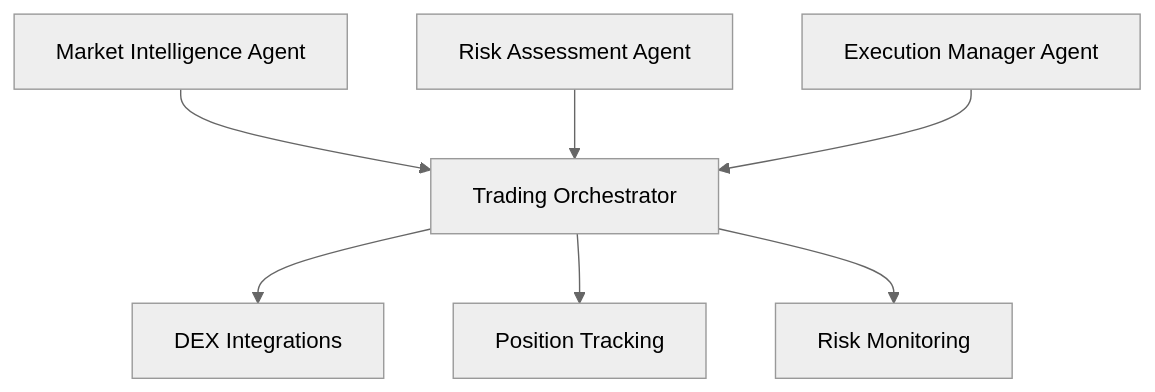
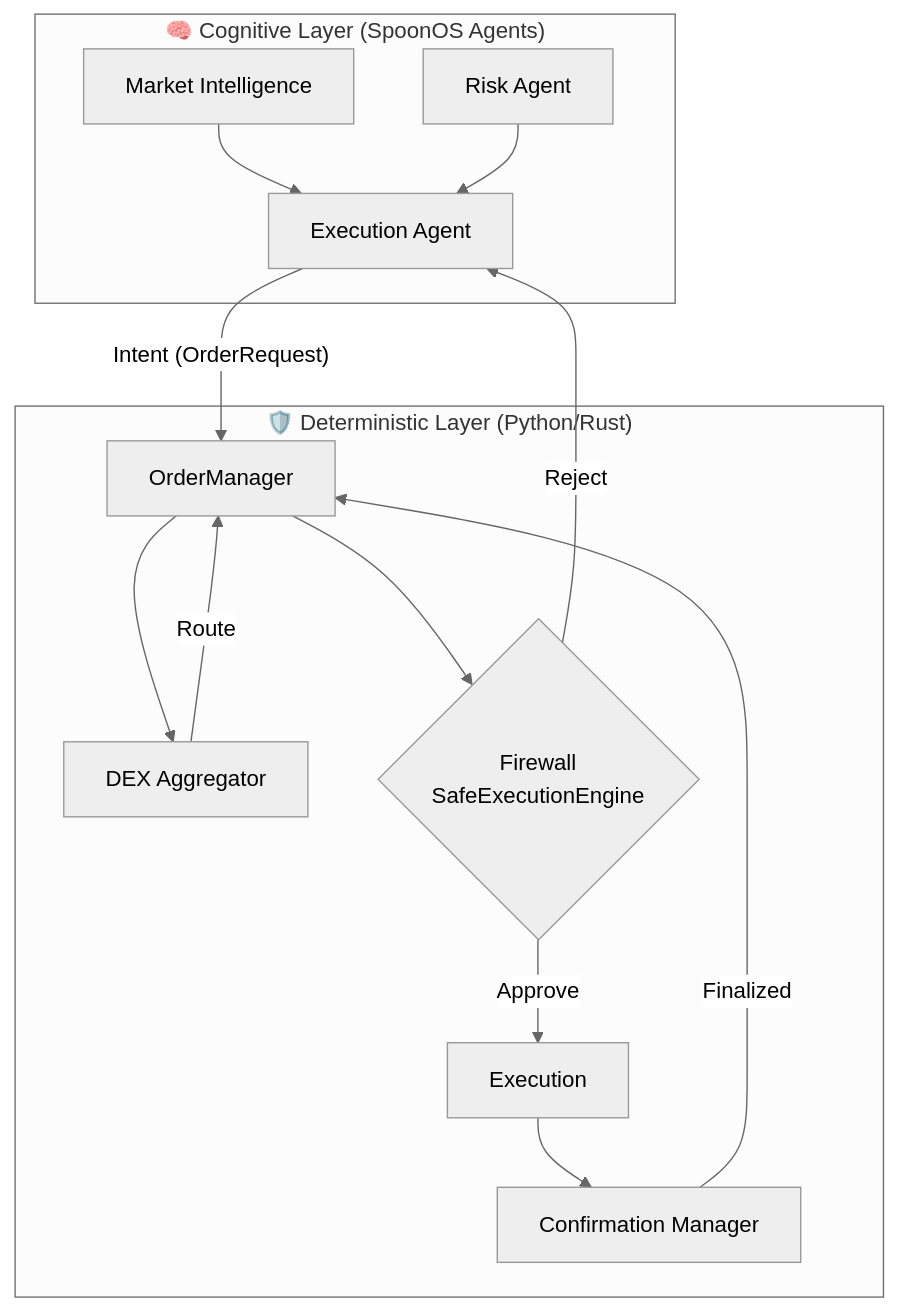
The diagram in README.md (CodeKage25/defi-ai-training-bot), drawn with Mermaid (neutral theme) before and after one commit. The commit also changed other lines of this file, not shown here.

Commit message:
feat: document the new dual-layer 'Hybrid Intelligence' architecture, deterministic firewall, and confirmation manager.

````diff
--- a/README.md
+++ b/README.md
@@ -26,10 +40,18 @@
 ```mermaid
-graph TB
-    A[Market Intelligence Agent] --> D[Trading Orchestrator]
-    B[Risk Assessment Agent] --> D
-    C[Execution Manager Agent] --> D
-    
-    D --> E[DEX Integrations]
-    D --> F[Position Tracking]
-    D --> G[Risk Monitoring]
+graph TD
+    subgraph Brain ["🧠 Cognitive Layer (SpoonOS Agents)"]
+        A[Market Intelligence] --> B[Execution Agent]
+        R[Risk Agent] --> B
+    end
+
+    subgraph Body ["🛡️ Deterministic Layer (Python/Rust)"]
+        B -- "Intent (OrderRequest)" --> OM[OrderManager]
+        OM --> DA[DEX Aggregator]
+        DA -- "Route" --> OM
+        OM --> FW{Firewall <br/> SafeExecutionEngine}
+        FW -- "Reject" --> B
+        FW -- "Approve" --> EX[Execution]
+        EX --> CM[Confirmation Manager]
+        CM -- "Finalized" --> OM
+    end
 ```
````
